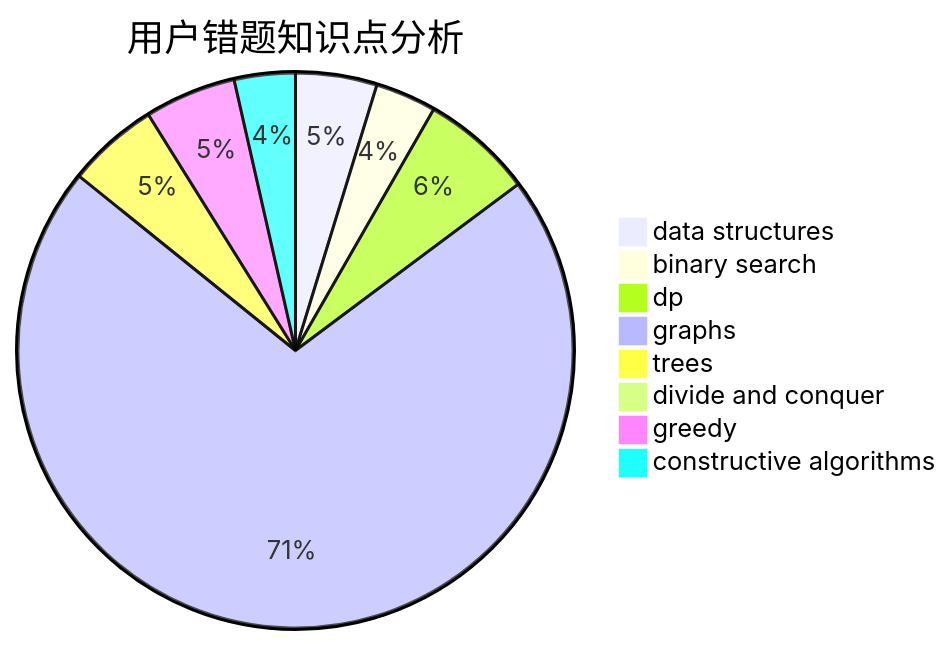
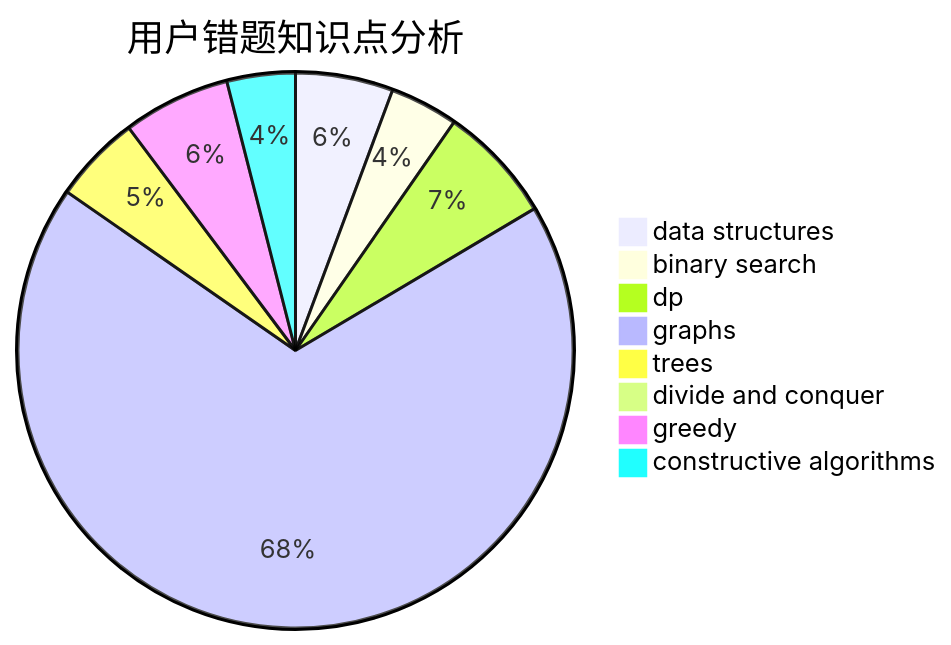
Before and after one commit to sherpahu/cfrs.github.io: the third of 3 diagrams in docs/user/u2688.md, drawn with Mermaid. The commit also changed other lines of this file and 2770 other files, not shown here.

````diff
--- a/docs/user/u2688.md
+++ b/docs/user/u2688.md
@@ -36,11 +36,11 @@
 ```mermaid
 pie title 用户错题知识点分析
-    "data structures" :  8
-    "binary search" :  6
-    "dp" :  11
+    "data structures" :  10
+    "binary search" :  7
+    "dp" :  12
     "graphs" :  120
     "trees" :  9
     "divide and conquer" :  1
-    "greedy" :  9
-    "constructive algorithms" :  6
+    "greedy" :  11
+    "constructive algorithms" :  7
 ```
````
